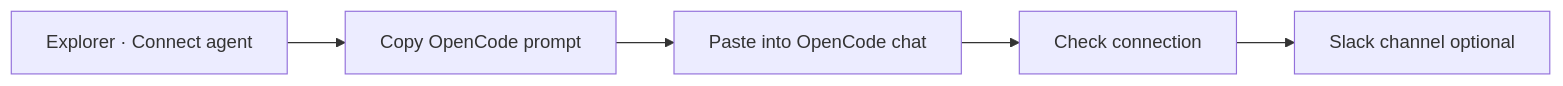
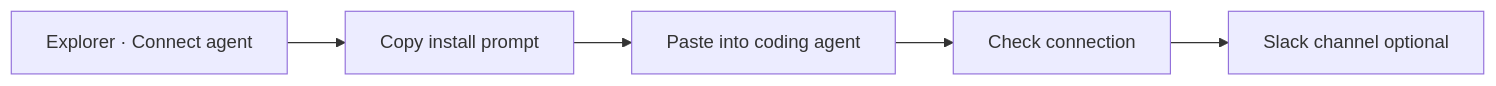
Before and after one commit to softprobe/document-website: the diagram in en/agent-qa/getting-started.md, drawn with Mermaid. The commit also changed other lines of this file and 4 other files, not shown here.

First line of the commit message:
docs(agent-qa): LangChain install (public user docs) (#66)

````diff
--- a/en/agent-qa/getting-started.md
+++ b/en/agent-qa/getting-started.md
@@ -11,9 +11,9 @@
 ```mermaid
 flowchart LR
   explorer["Explorer · Connect agent"]
-  prompt["Copy OpenCode prompt"]
-  paste["Paste into OpenCode chat"]
+  prompt["Copy install prompt"]
+  paste["Paste into coding agent"]
   verify["Check connection"]
   slack["Slack channel optional"]
   explorer --> prompt --> paste --> verify --> slack
 ```
````
